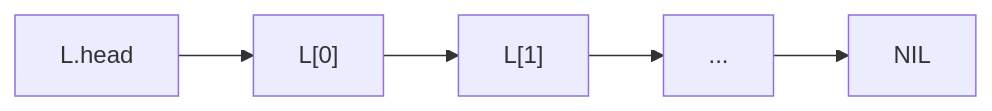
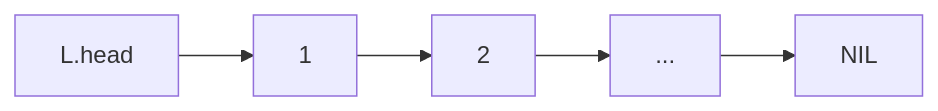
Before and after one commit to Eurydia/notes-singularity: the first of 16 diagrams in Computer science/Data structures/Linked list.md, drawn with Mermaid. The commit also changed other lines of this file and 1 other file, not shown here.

````diff
--- a/Computer science/Data structures/Linked list.md
+++ b/Computer science/Data structures/Linked list.md
@@ -7,4 +11,4 @@
 ```mermaid
 flowchart LR
-	L.head --> 1["L[0]"] --> 2["L[1]"] --> 3[...] --> 4["NIL"]
+	L.head --> 1 --> 2 --> ... --> NIL
 ```
````
